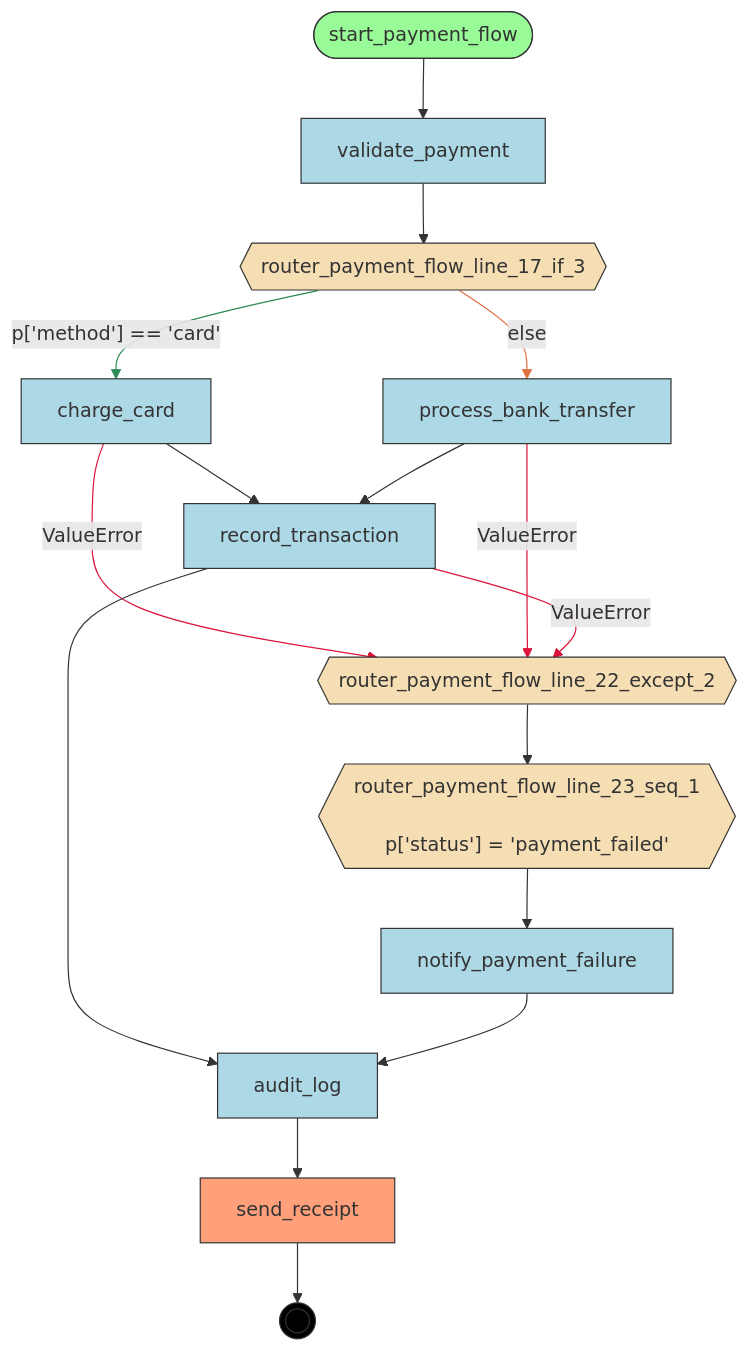
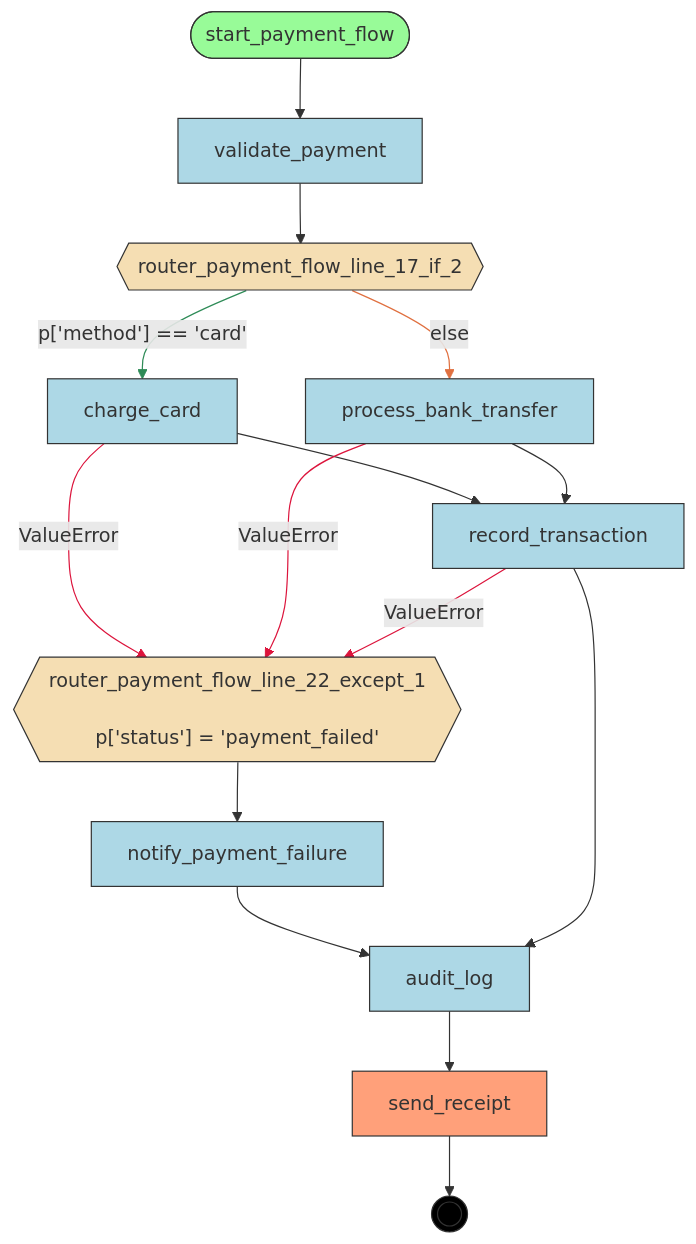
One commit to deliveryhero/asya changed the diagram in examples/flows/compiled/try_except_with_conditional/flow.mmd. Above: the diagram before and after it, drawn with Mermaid. The commit also changed 139 other files, not shown here.

Commit message:
chore: recompile all flows with int/float types in manifests

```diff
--- a/examples/flows/compiled/try_except_with_conditional/flow.mmd
+++ b/examples/flows/compiled/try_except_with_conditional/flow.mmd
@@ -1,45 +1,43 @@
 flowchart TD
     %% Flow: payment_flow
 
     audit_log[audit_log]
     charge_card[charge_card]
     notify_payment_failure[notify_payment_failure]
     process_bank_transfer[process_bank_transfer]
     record_transaction[record_transaction]
-    router_payment_flow_line_17_if_3{{router_payment_flow_line_17_if_3}}
-    router_payment_flow_line_22_except_2{{router_payment_flow_line_22_except_2}}
-    router_payment_flow_line_23_seq_1{{"router_payment_flow_line_23_seq_1<br/><br/>p['status'] = 'payment_failed'"}}
+    router_payment_flow_line_17_if_2{{router_payment_flow_line_17_if_2}}
+    router_payment_flow_line_22_except_1{{"router_payment_flow_line_22_except_1<br/><br/>p['status'] = 'payment_failed'"}}
     send_receipt[send_receipt]
     start_payment_flow([start_payment_flow])
     validate_payment[validate_payment]
     __end__((( )))
 
     start_payment_flow --> validate_payment
-    validate_payment --> router_payment_flow_line_17_if_3
+    validate_payment --> router_payment_flow_line_17_if_2
     audit_log --> send_receipt
-    router_payment_flow_line_23_seq_1 --> notify_payment_failure
-    router_payment_flow_line_22_except_2 --> router_payment_flow_line_23_seq_1
-    router_payment_flow_line_17_if_3 -->|"p['method'] == 'card'"| charge_card
+    router_payment_flow_line_22_except_1 --> notify_payment_failure
+    notify_payment_failure --> audit_log
+    router_payment_flow_line_17_if_2 -->|"p['method'] == 'card'"| charge_card
     charge_card --> record_transaction
-    router_payment_flow_line_17_if_3 -->|"else"| process_bank_transfer
+    router_payment_flow_line_17_if_2 -->|"else"| process_bank_transfer
     process_bank_transfer --> record_transaction
-    charge_card -->|"ValueError"| router_payment_flow_line_22_except_2
-    process_bank_transfer -->|"ValueError"| router_payment_flow_line_22_except_2
-    record_transaction -->|"ValueError"| router_payment_flow_line_22_except_2
+    charge_card -->|"ValueError"| router_payment_flow_line_22_except_1
+    process_bank_transfer -->|"ValueError"| router_payment_flow_line_22_except_1
+    record_transaction -->|"ValueError"| router_payment_flow_line_22_except_1
     record_transaction --> audit_log
-    notify_payment_failure --> audit_log
     send_receipt --> __end__
 
     classDef start fill:#98FB98,stroke:#333
     classDef endnode fill:#FFA07A,stroke:#333
     classDef router fill:#F5DEB3,stroke:#333
     classDef handler fill:#ADD8E6,stroke:#333
     classDef endpoint fill:#000,stroke:#333,color:#fff
     class start_payment_flow start
     class send_receipt endnode
-    class router_payment_flow_line_17_if_3,router_payment_flow_line_22_except_2,router_payment_flow_line_23_seq_1 router
+    class router_payment_flow_line_17_if_2,router_payment_flow_line_22_except_1 router
     class audit_log,charge_card,notify_payment_failure,process_bank_transfer,record_transaction,validate_payment handler
     class __end__ endpoint
     linkStyle 5 stroke:#2E8B57
     linkStyle 7 stroke:#E07040
     linkStyle 9,10,11 stroke:#DC143C
```
